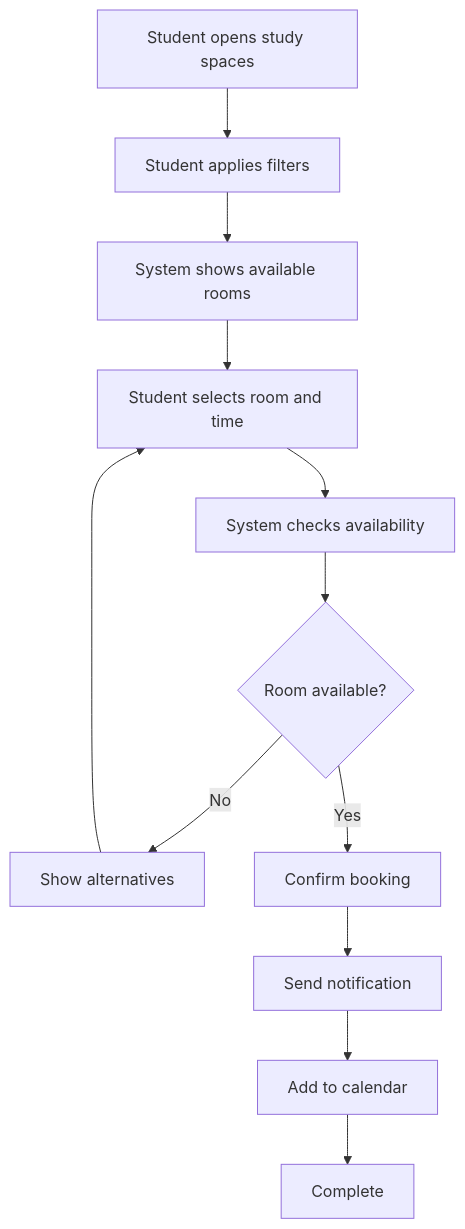
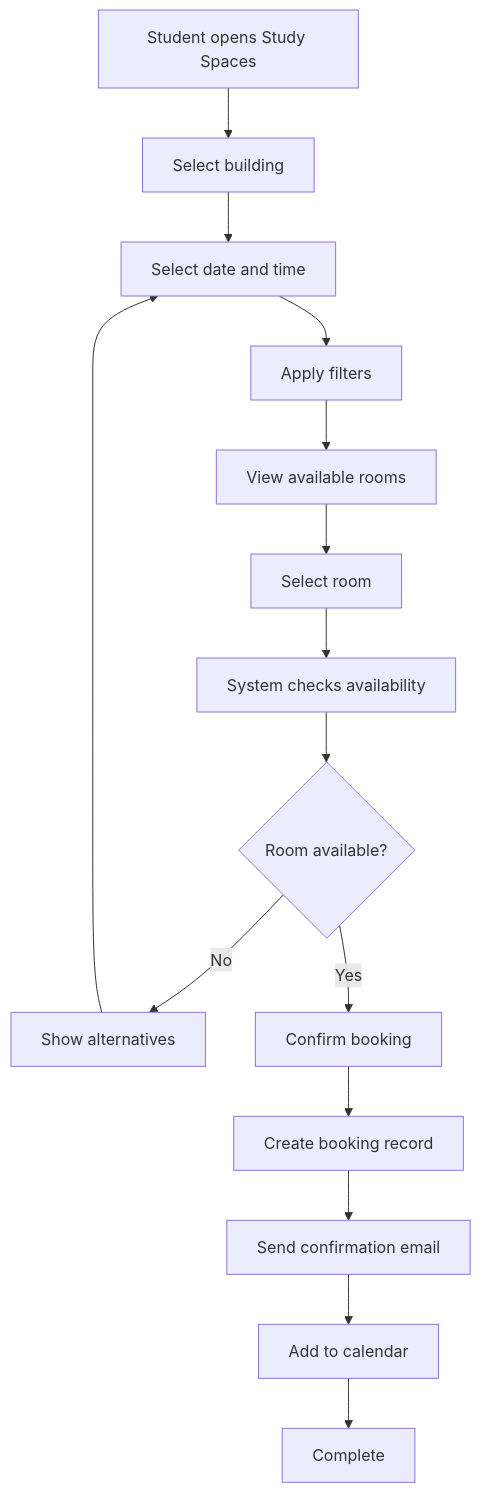
Before and after one commit to Amanda2026-crypto/smart-campus-connect: the third of 8 diagrams in activity-diagrams.md, drawn with Mermaid. The commit also changed other lines of this file, not shown here.

````diff
--- a/activity-diagrams.md
+++ b/activity-diagrams.md
@@ -76,15 +115,17 @@
 ```mermaid
 flowchart TD
-    A[Student opens study spaces] --> B[Student applies filters]
-    B --> C[System shows available rooms]
-    C --> D[Student selects room and time]
-    D --> E[System checks availability]
-    E --> F{Room available?}
-    F -->|No| G[Show alternatives]
-    G --> D
-    F -->|Yes| H[Confirm booking]
-    H --> I[Send notification]
-    I --> J[Add to calendar]
-    J --> K[Complete]
-
+    A[Student opens Study Spaces] --> B[Select building]
+    B --> C[Select date and time]
+    C --> D[Apply filters]
+    D --> E[View available rooms]
+    E --> F[Select room]
+    F --> G[System checks availability]
+    G --> H{Room available?}
+    H -->|No| I[Show alternatives]
+    I --> C
+    H -->|Yes| J[Confirm booking]
+    J --> K[Create booking record]
+    K --> L[Send confirmation email]
+    L --> M[Add to calendar]
+    M --> N[Complete]
 ```
````
